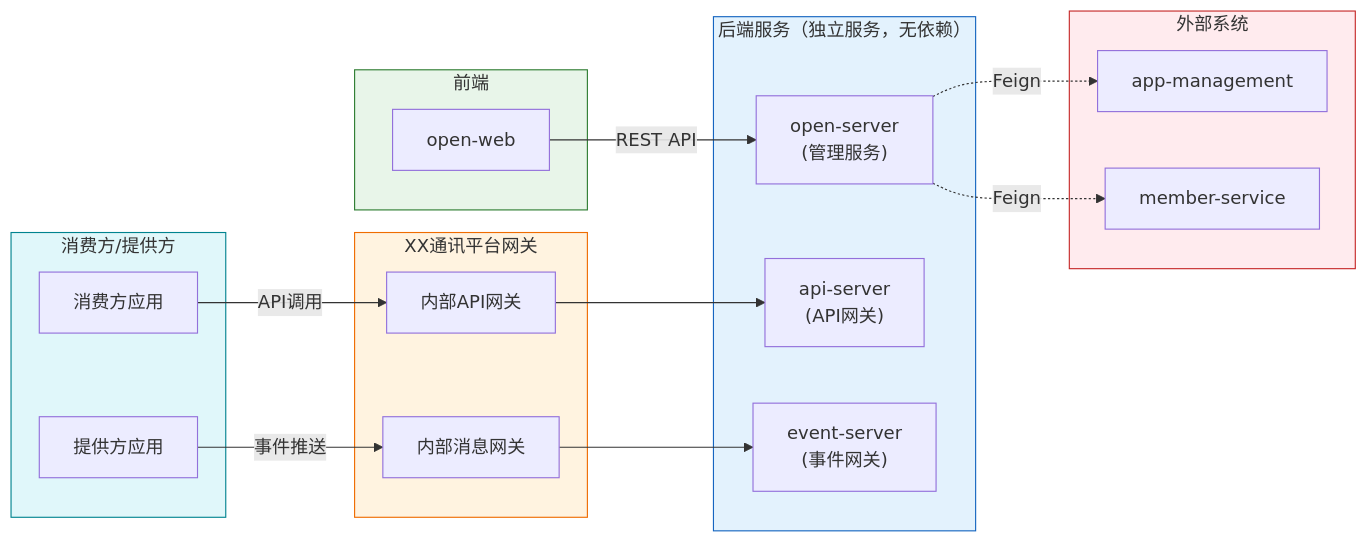
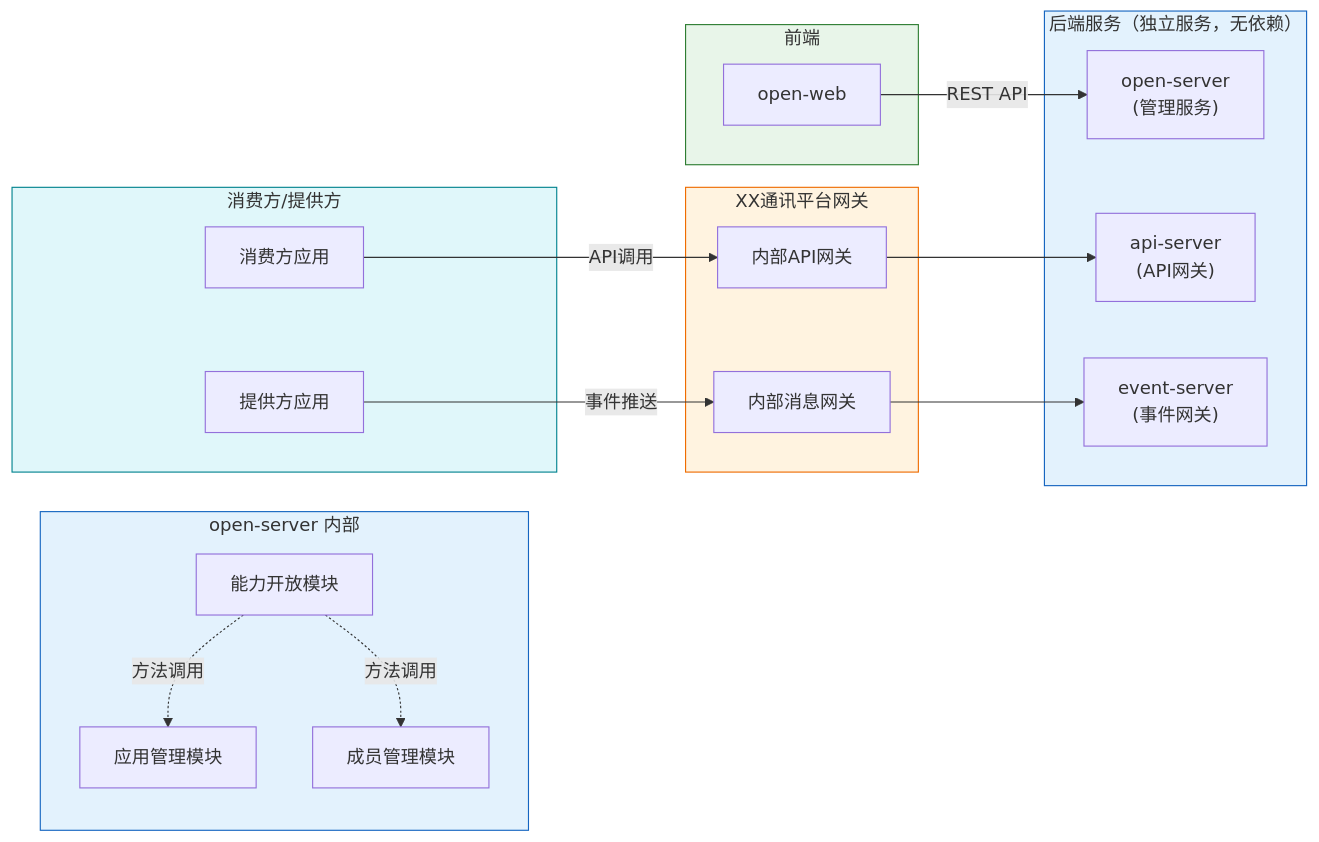
Before and after one commit to THZSummer/open-app: the seventh of 8 diagrams in .sddu/specs-tree-root/specs-tree-capability-open-platform/plan.md, drawn with Mermaid. The commit also changed other lines of this file, not shown here.

````diff
--- a/.sddu/specs-tree-root/specs-tree-capability-open-platform/plan.md
+++ b/.sddu/specs-tree-root/specs-tree-capability-open-platform/plan.md
@@ -713,46 +717,47 @@
 ```mermaid
 graph LR
     subgraph Frontend["前端"]
         OpenWeb["open-web"]
     end
     
+    subgraph OpenServerInternal["open-server 内部"]
+        CapMgmt["能力开放模块"]
+        AppMgmt["应用管理模块"]
+        Member["成员管理模块"]
+    end
+    
     subgraph Services["后端服务（独立服务，无依赖）"]
         OpenServer["open-server\n(管理服务)"]
         ApiServer["api-server\n(API网关)"]
         EventServer["event-server\n(事件网关)"]
-    end
-    
-    subgraph External["外部系统"]
-        AppMgmt["app-management"]
-        Member["member-service"]
     end
     
     subgraph PlatformGW["XX通讯平台网关"]
         ApiGW["内部API网关"]
         MsgGW["内部消息网关"]
     end
     
     subgraph Consumers["消费方/提供方"]
         Consumer["消费方应用"]
         Provider["提供方应用"]
     end
     
     %% open-web 直接连接 open-server
     OpenWeb -->|REST API| OpenServer
     
-    %% open-server 调用外部系统
-    OpenServer -.->|Feign| AppMgmt
-    OpenServer -.->|Feign| Member
+    %% open-server 内部模块调用
+    CapMgmt -.->|方法调用| AppMgmt
+    CapMgmt -.->|方法调用| Member
     
     %% 消费方/提供方通过平台网关访问网关服务
     Consumer -->|API调用| ApiGW
     ApiGW --> ApiServer
     Provider -->|事件推送| MsgGW
     MsgGW --> EventServer
     
     style Frontend fill:#e8f5e9,stroke:#2e7d32
+    style OpenServerInternal fill:#e3f2fd,stroke:#1565c0
     style Services fill:#e3f2fd,stroke:#1565c0
-    style External fill:#ffebee,stroke:#c62828
     style PlatformGW fill:#fff3e0,stroke:#ef6c00
     style Consumers fill:#e0f7fa,stroke:#00838f
 ```
````
